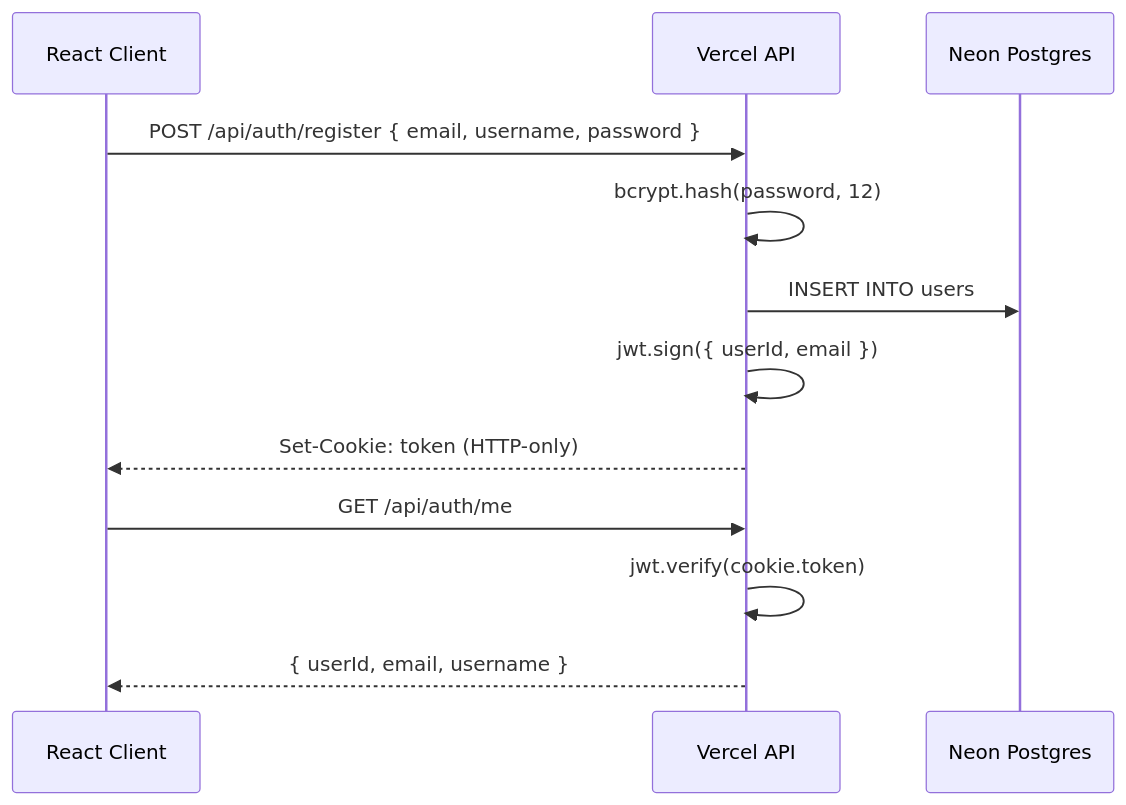
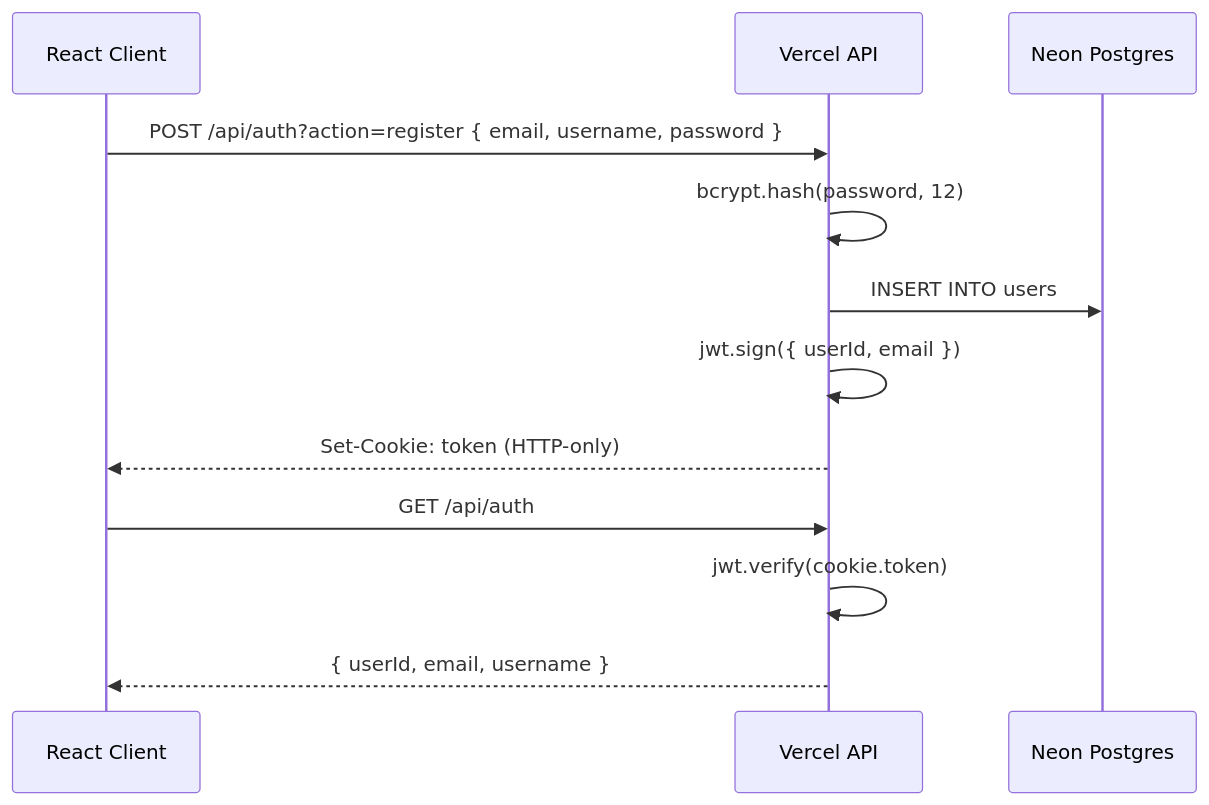
One commit to terrence-celestine/reading-log-app changed the second of 3 diagrams in README.md. Above: the diagram before and after it, drawn with Mermaid. The commit also changed other lines of this file, not shown here.

````diff
--- a/README.md
+++ b/README.md
@@ -44,15 +49,15 @@
 ```mermaid
 sequenceDiagram
     participant Browser as React Client
     participant API as Vercel API
     participant Neon as Neon Postgres
 
-    Browser->>API: POST /api/auth/register { email, username, password }
+    Browser->>API: POST /api/auth?action=register { email, username, password }
     API->>API: bcrypt.hash(password, 12)
     API->>Neon: INSERT INTO users
     API->>API: jwt.sign({ userId, email })
     API-->>Browser: Set-Cookie: token (HTTP-only)
-    Browser->>API: GET /api/auth/me
+    Browser->>API: GET /api/auth
     API->>API: jwt.verify(cookie.token)
     API-->>Browser: { userId, email, username }
 ```
````
